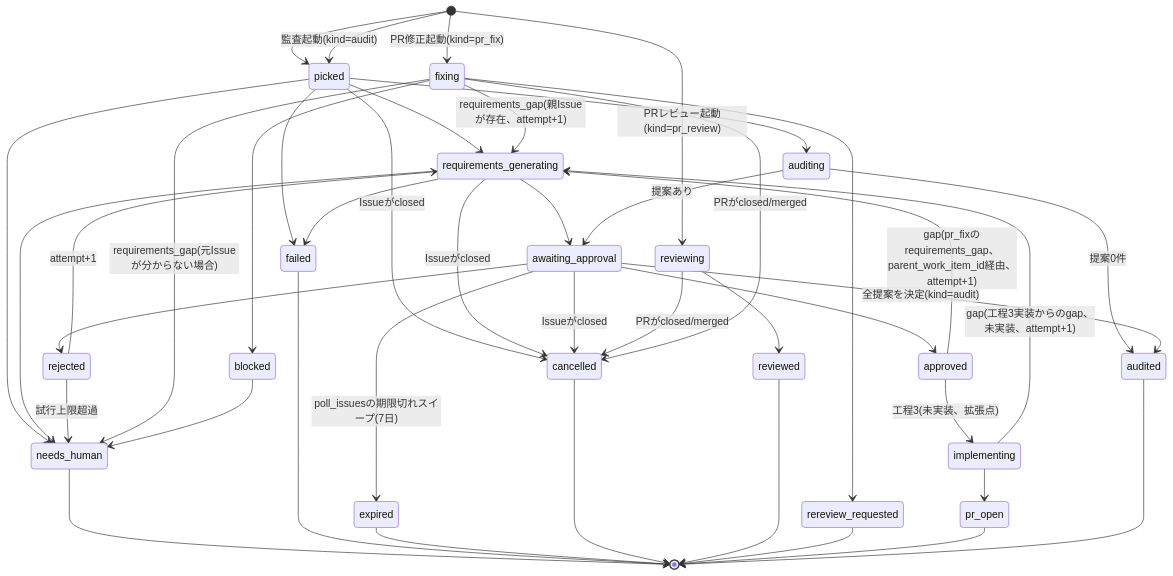
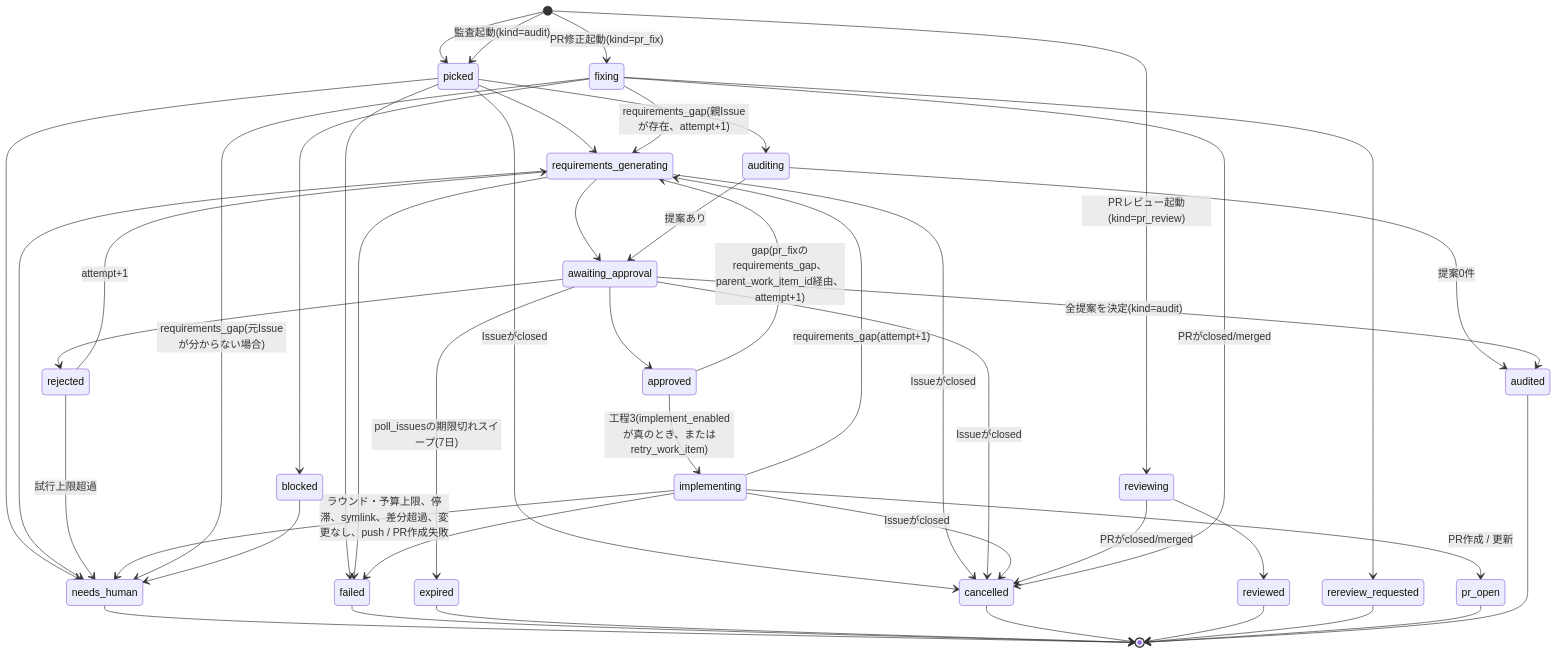
One commit to u-stem/atelier-works changed the second of 2 diagrams in docs/architecture.md. Above: the diagram before and after it, drawn with Mermaid. The commit also changed other lines of this file and 2 other files, not shown here.

````diff
--- a/docs/architecture.md
+++ b/docs/architecture.md
@@ -50,45 +49,48 @@
 ```mermaid
 stateDiagram-v2
     [*] --> picked
     picked --> requirements_generating
     requirements_generating --> awaiting_approval
     awaiting_approval --> approved
     awaiting_approval --> rejected
     rejected --> requirements_generating: attempt+1
     awaiting_approval --> expired: poll_issuesの期限切れスイープ(7日)
     picked --> needs_human
     requirements_generating --> needs_human
     rejected --> needs_human: 試行上限超過
     picked --> failed
     requirements_generating --> failed
     picked --> cancelled: Issueがclosed
     requirements_generating --> cancelled: Issueがclosed
     awaiting_approval --> cancelled: Issueがclosed
-    approved --> implementing: 工程3(未実装、拡張点)
-    implementing --> requirements_generating: gap(工程3実装からのgap、未実装、attempt+1)
-    implementing --> pr_open
+    approved --> implementing: 工程3(implement_enabledが真のとき、またはretry_work_item)
+    implementing --> pr_open: PR作成 / 更新
+    implementing --> requirements_generating: requirements_gap(attempt+1)
+    implementing --> needs_human: ラウンド・予算上限、停滞、symlink、差分超過、変更なし、push / PR作成失敗
+    implementing --> cancelled: Issueがclosed
+    implementing --> failed
     approved --> requirements_generating: gap(pr_fixのrequirements_gap、parent_work_item_id経由、attempt+1)
     [*] --> reviewing: PRレビュー起動(kind=pr_review)
     reviewing --> reviewed
     reviewing --> cancelled: PRがclosed/merged
     [*] --> fixing: PR修正起動(kind=pr_fix)
     fixing --> rereview_requested
     fixing --> blocked
     fixing --> requirements_generating: requirements_gap(親Issueが存在、attempt+1)
     fixing --> needs_human: requirements_gap(元Issueが分からない場合)
     fixing --> cancelled: PRがclosed/merged
     blocked --> needs_human
     needs_human --> [*]
     failed --> [*]
     expired --> [*]
     cancelled --> [*]
     reviewed --> [*]
     rereview_requested --> [*]
     pr_open --> [*]
     [*] --> picked: 監査起動(kind=audit)
     picked --> auditing
     auditing --> awaiting_approval: 提案あり
     auditing --> audited: 提案0件
     awaiting_approval --> audited: 全提案を決定(kind=audit)
     audited --> [*]
 ```
````
